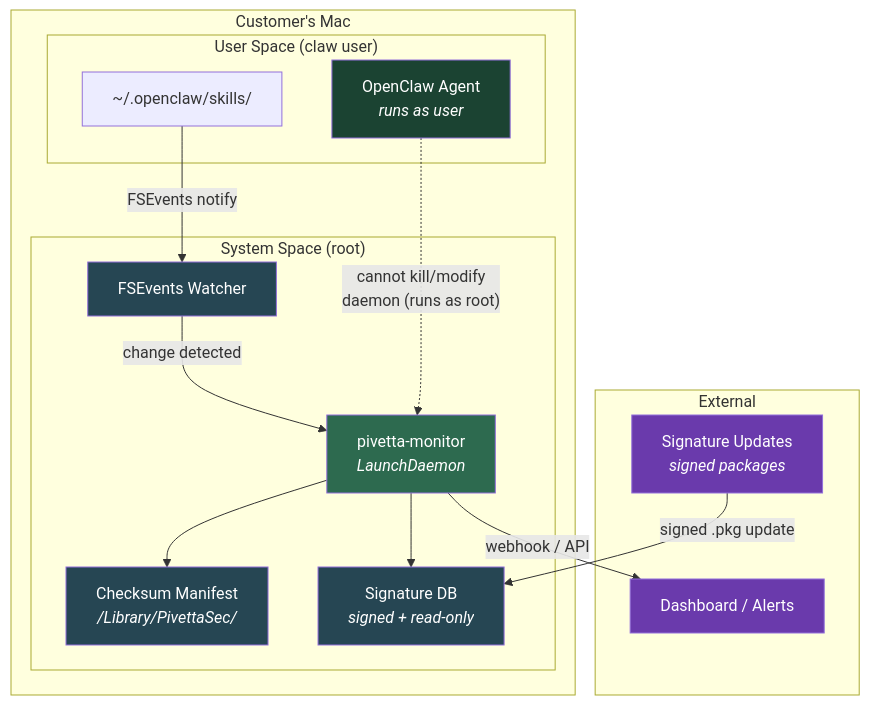
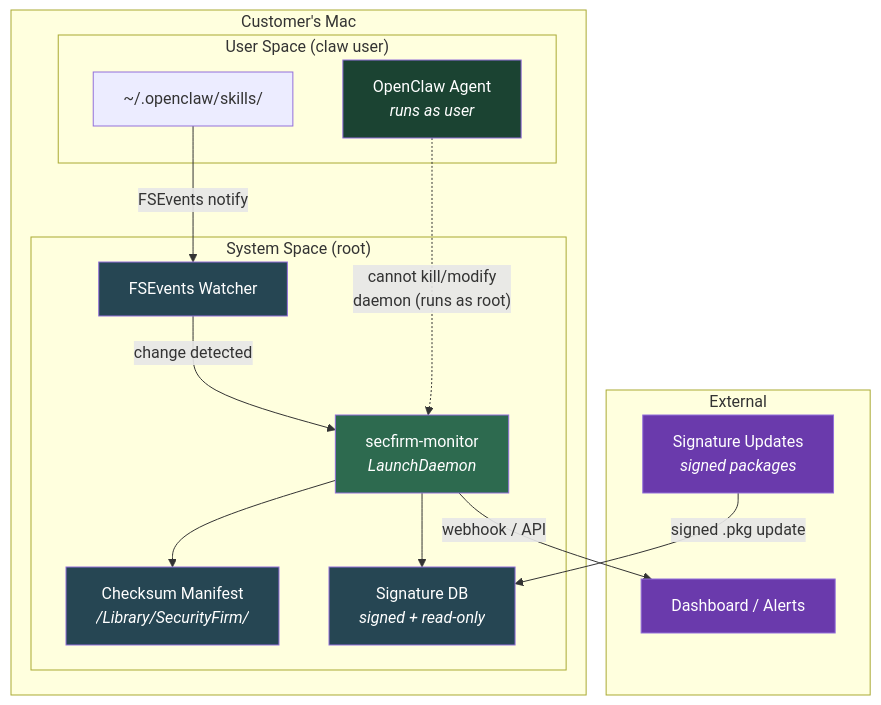
One commit to homercsimpson50/openclaw-containers changed the third of 3 diagrams in docs/security-sidecar.md. Above: the diagram before and after it, drawn with Mermaid. The commit also changed other lines of this file, not shown here.

First line of the commit message:
Rename pivetta to security_firm in sidecar doc

````diff
--- a/docs/security-sidecar.md
+++ b/docs/security-sidecar.md
@@ -159,38 +159,38 @@
 ```mermaid
 graph TB
     subgraph "Customer's Mac"
         subgraph "User Space (claw user)"
             OC[OpenClaw Agent<br/><i>runs as user</i>]
             SKILLS[~/.openclaw/skills/]
         end
 
         subgraph "System Space (root)"
-            DAEMON[pivetta-monitor<br/><i>LaunchDaemon</i>]
+            DAEMON[secfirm-monitor<br/><i>LaunchDaemon</i>]
             FSWATCH[FSEvents Watcher]
-            HASHDB[Checksum Manifest<br/><i>/Library/PivettaSec/</i>]
+            HASHDB[Checksum Manifest<br/><i>/Library/SecurityFirm/</i>]
             SIGDB[Signature DB<br/><i>signed + read-only</i>]
         end
     end
 
     subgraph "External"
         DASH[Dashboard / Alerts]
         UPDATE[Signature Updates<br/><i>signed packages</i>]
     end
 
     SKILLS -->|"FSEvents notify"| FSWATCH
     FSWATCH -->|"change detected"| DAEMON
     DAEMON --> HASHDB
     DAEMON --> SIGDB
     DAEMON -->|"webhook / API"| DASH
     UPDATE -->|"signed .pkg update"| SIGDB
 
     OC -.->|"cannot kill/modify<br/>daemon (runs as root)"| DAEMON
 
     style OC fill:#1b4332,color:#fff
     style DAEMON fill:#2d6a4f,color:#fff
     style FSWATCH fill:#264653,color:#fff
     style HASHDB fill:#264653,color:#fff
     style SIGDB fill:#264653,color:#fff
     style DASH fill:#6a3aac,color:#fff
     style UPDATE fill:#6a3aac,color:#fff
 ```
````
